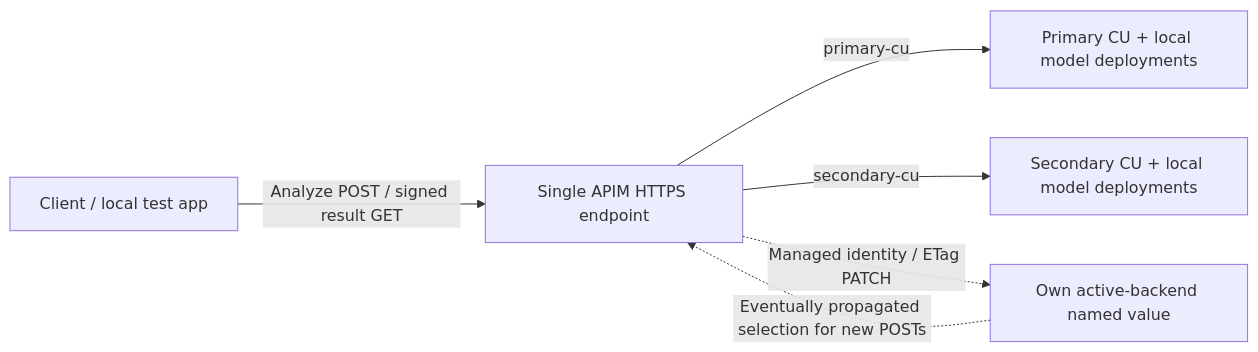
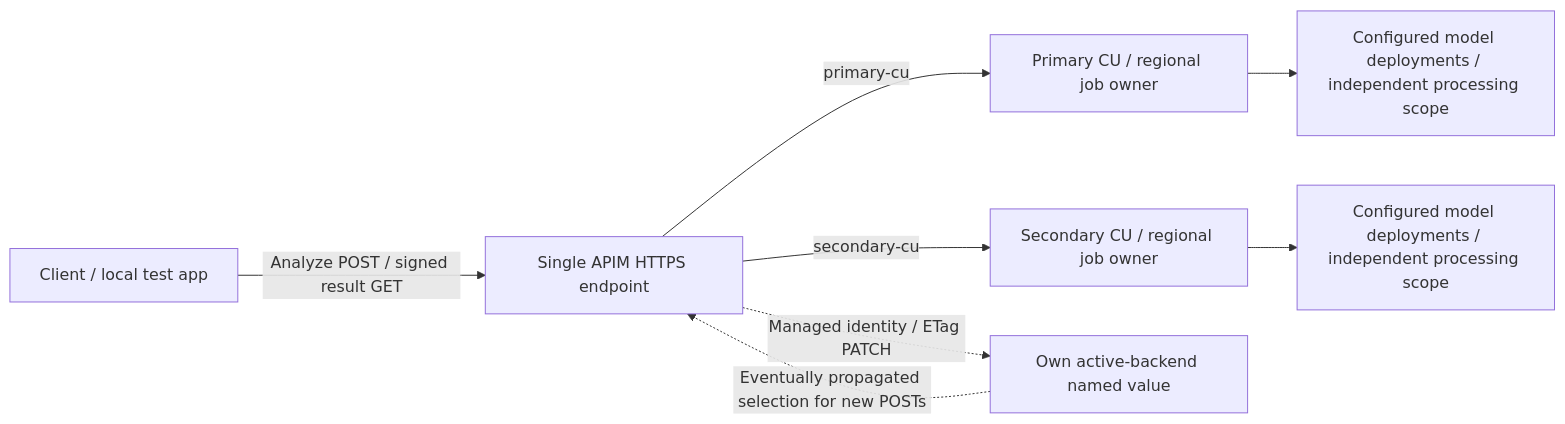
One commit to jfilcik/content-understanding-availability-patterns changed the diagram in README.md. Above: the diagram before and after it, drawn with Mermaid. The commit also changed other lines of this file and 7 other files, not shown here.

````diff
--- a/README.md
+++ b/README.md
@@ -38,8 +74,10 @@
 ```mermaid
 flowchart LR
     Browser[Client / local test app] -->|Analyze POST / signed result GET| APIM[Single APIM HTTPS endpoint]
-    APIM -->|primary-cu| CUA[Primary CU + local model deployments]
-    APIM -->|secondary-cu| CUB[Secondary CU + local model deployments]
+    APIM -->|primary-cu| CUA[Primary CU / regional job owner]
+    APIM -->|secondary-cu| CUB[Secondary CU / regional job owner]
+    CUA --> ModelsA[Configured model deployments / independent processing scope]
+    CUB --> ModelsB[Configured model deployments / independent processing scope]
     APIM -. Managed identity / ETag PATCH .-> State[Own active-backend named value]
     State -. Eventually propagated selection for new POSTs .-> APIM
 ```
````
